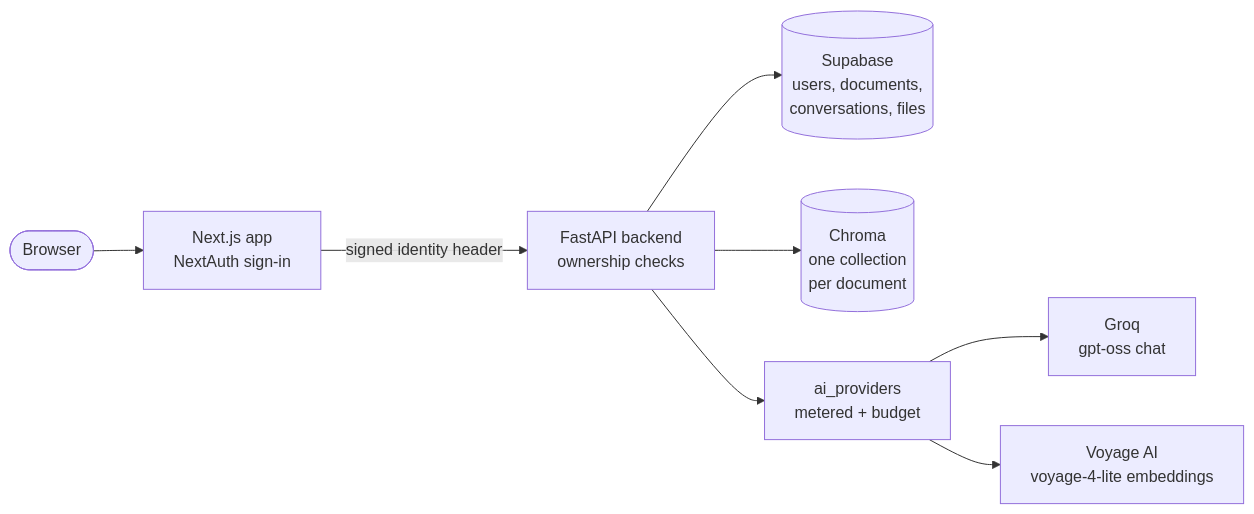
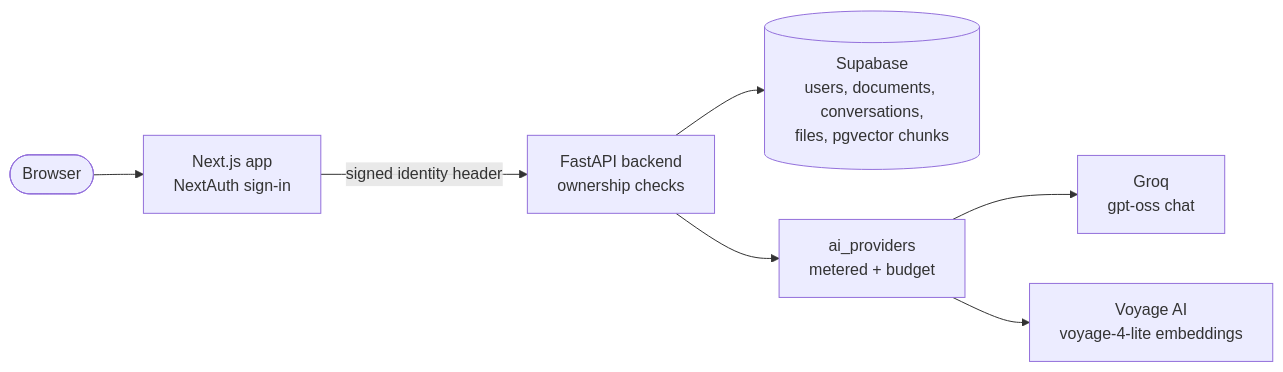
The fourth of 4 diagrams in README.md (BilalIrfanContact/AskMyDoc), drawn with Mermaid before and after one commit. The commit also changed other lines of this file and 1 other file, not shown here.

Commit message:
Describe the Supabase chunk store in the README and setup notes

````diff
--- a/README.md
+++ b/README.md
@@ -268,10 +268,9 @@
 ```mermaid
 flowchart LR
     U([Browser]) --> FE["Next.js app<br/>NextAuth sign-in"]
     FE -- "signed identity header" --> BE["FastAPI backend<br/>ownership checks"]
-    BE --> SB[("Supabase<br/>users, documents,<br/>conversations, files")]
-    BE --> CH[("Chroma<br/>one collection<br/>per document")]
+    BE --> SB[("Supabase<br/>users, documents, conversations,<br/>files, pgvector chunks")]
     BE --> AI["ai_providers<br/>metered + budget"]
     AI --> GQ["Groq<br/>gpt-oss chat"]
     AI --> VY["Voyage AI<br/>voyage-4-lite embeddings"]
 ```
````
